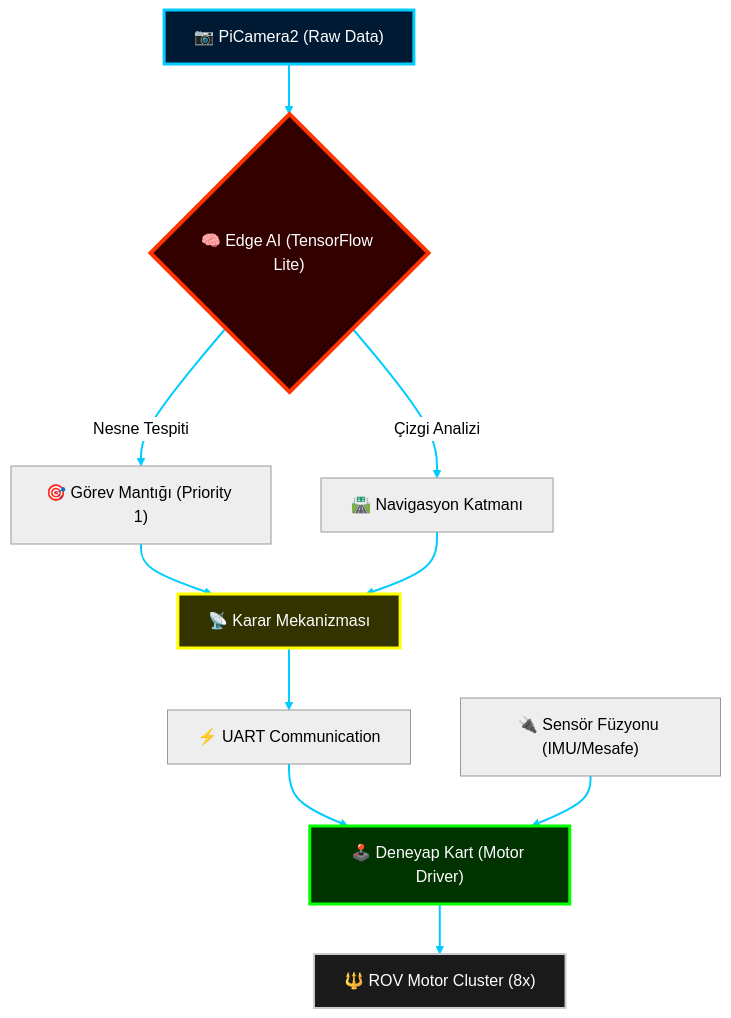
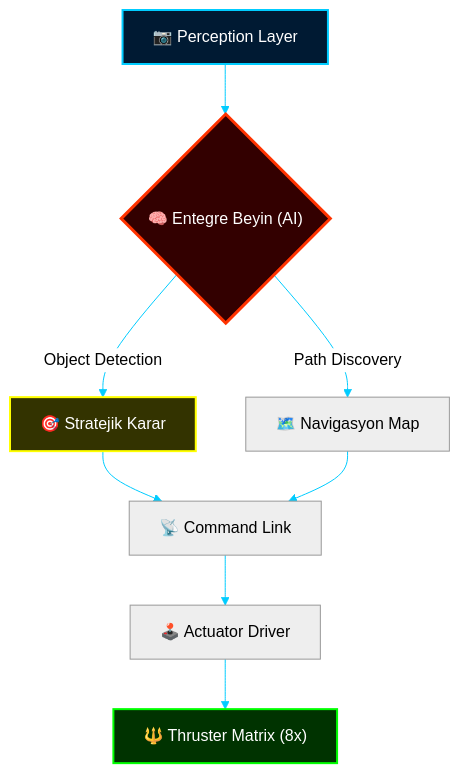
One commit to bahattinyunus/Project-Neptune-Alpha changed the diagram in README.md. Above: the diagram before and after it, drawn with Mermaid (neutral theme). The commit also changed other lines of this file and 6 other files, not shown here.

Commit message:
NEPTUNE-TOTAL: Transcendental transformation complete. Integrated Manifestos, Advanced Architecture, Engineering Protocols, and Cybernetic Dashboard.

````diff
--- a/README.md
+++ b/README.md
@@ -23,33 +29,28 @@
 ```mermaid
 graph TD
     %% Base Nodes
-    A["📷 PiCamera2 (Raw Data)"]
-    B{"🧠 Edge AI (TensorFlow Lite)"}
-    C["🎯 Görev Mantığı (Priority 1)"]
-    D["🛣️ Navigasyon Katmanı"]
-    E["📡 Karar Mekanizması"]
-    F["⚡ UART Communication"]
-    G["🕹️ Deneyap Kart (Motor Driver)"]
-    H["🔌 Sensör Füzyonu (IMU/Mesafe)"]
-    I["🔱 ROV Motor Cluster (8x)"]
+    A["📷 Perception Layer"]
+    B{"🧠 Entegre Beyin (AI)"}
+    C["🎯 Stratejik Karar"]
+    D["🗺️ Navigasyon Map"]
+    E["📡 Command Link"]
+    F["🕹️ Actuator Driver"]
+    G["🔱 Thruster Matrix (8x)"]
 
     %% Connections
     A --> B
-    B -- "Nesne Tespiti" --> C
-    B -- "Çizgi Analizi" --> D
+    B -- "Object Detection" --> C
+    B -- "Path Discovery" --> D
     C --> E
     D --> E
     E --> F
     F --> G
-    H --> G
-    G --> I
 
-    %% Elite Styling
-    style A fill:#001a33,stroke:#00ccff,stroke-width:3px,color:#fff
-    style B fill:#330000,stroke:#ff3300,stroke-width:4px,color:#fff
-    style G fill:#003300,stroke:#00ff00,stroke-width:3px,color:#fff
-    style E fill:#333300,stroke:#ffff00,stroke-width:3px,color:#fff
-    style I fill:#1a1a1a,stroke:#cccccc,stroke-width:2px,color:#fff
+    %% Digital Styling
+    style A fill:#001a33,stroke:#00ccff,stroke-width:2px,color:#fff
+    style B fill:#330000,stroke:#ff3300,stroke-width:3px,color:#fff
+    style G fill:#003300,stroke:#00ff00,stroke-width:2px,color:#fff
+    style C fill:#333300,stroke:#ffff00,stroke-width:2px,color:#fff
     
-    linkStyle 0,1,2,3,4,5,6,7,8 stroke:#00ccff,stroke-width:2px;
+    linkStyle 0,1,2,3,4,5,6 stroke:#00ccff,stroke-width:1px;
 ```
````
